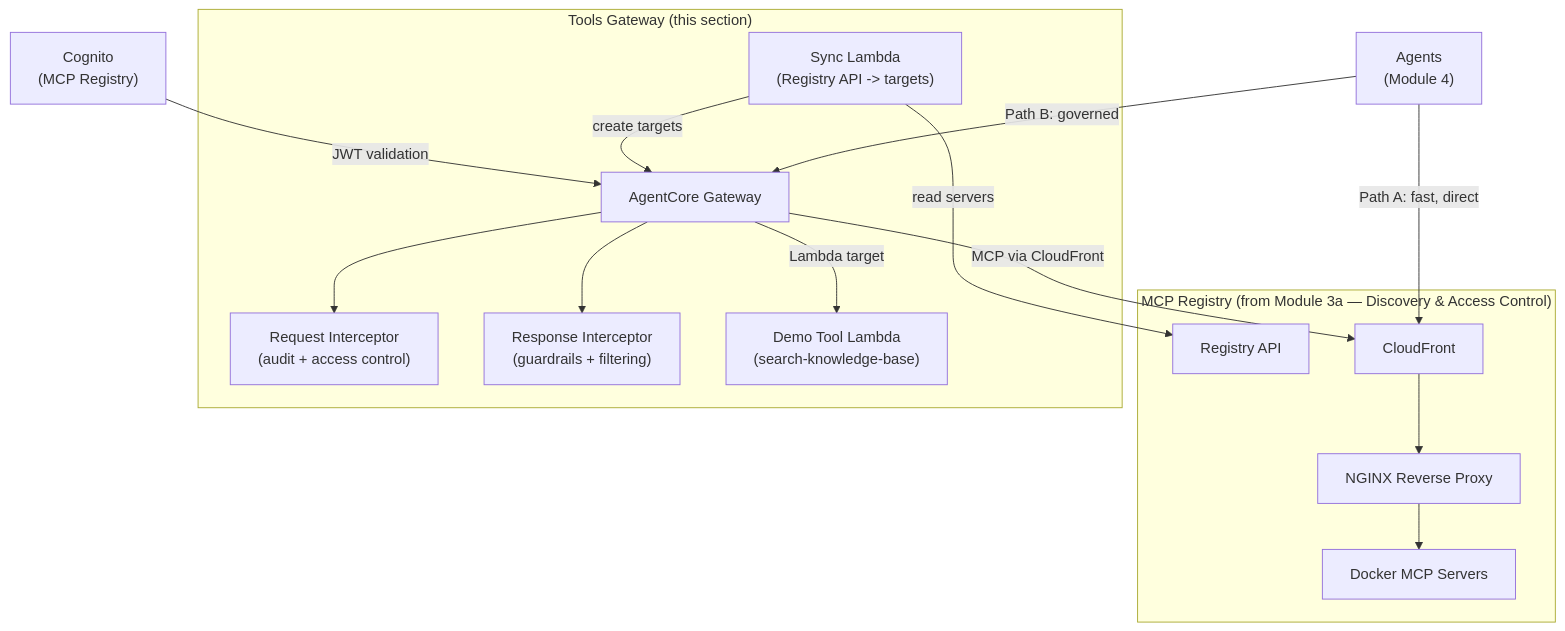
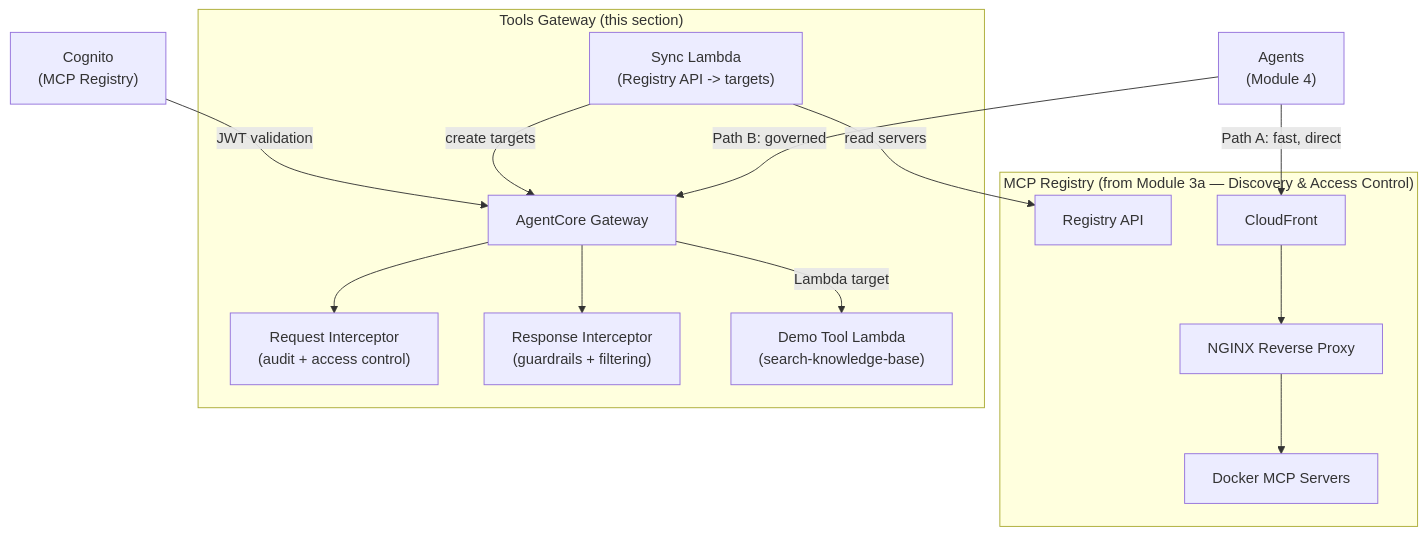
The diagram in workshop-building-agentic-ai-platform/content/module-3a/tg-intro/index.en.md (aws-samples/sample-ai-agent-factory), drawn with Mermaid before and after one commit. The commit also changed other lines of this file and 152 other files, not shown here.

````diff
--- a/workshop-building-agentic-ai-platform/content/module-3a/tg-intro/index.en.md
+++ b/workshop-building-agentic-ai-platform/content/module-3a/tg-intro/index.en.md
@@ -32,29 +32,28 @@
 ```mermaid
 graph TB
     subgraph M3["MCP Registry (from Module 3a — Discovery & Access Control)"]
         REG["Registry API"]
         NGINX["NGINX Reverse Proxy"]
         DOCKER["Docker MCP Servers"]
         CF["CloudFront"]
     end
 
     subgraph M4["Tools Gateway (this section)"]
         SYNC["Sync Lambda<br/>(Registry API -> targets)"]
         GW["AgentCore Gateway"]
         REQ["Request Interceptor<br/>(audit + access control)"]
         RESP["Response Interceptor<br/>(guardrails + filtering)"]
         DEMO["Demo Tool Lambda<br/>(search-knowledge-base)"]
     end
 
     AGENTS["Agents<br/>(Module 4)"]
 
     AGENTS -->|"Path A: fast, direct"| CF --> NGINX --> DOCKER
     AGENTS -->|"Path B: governed"| GW
     GW --> REQ
     GW --> RESP
     GW -->|Lambda target| DEMO
-    GW -->|MCP via CloudFront| CF
     SYNC -->|read servers| REG
     SYNC -->|create targets| GW
     COG["Cognito<br/>(MCP Registry)"] -->|JWT validation| GW
 ```
````
